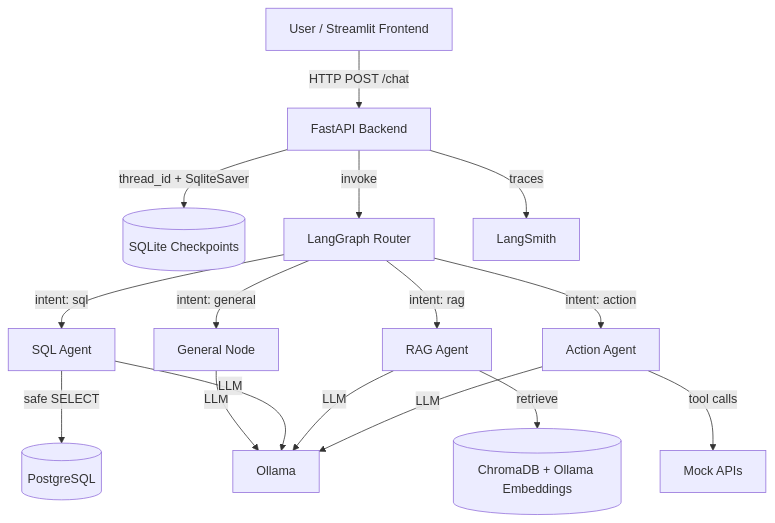
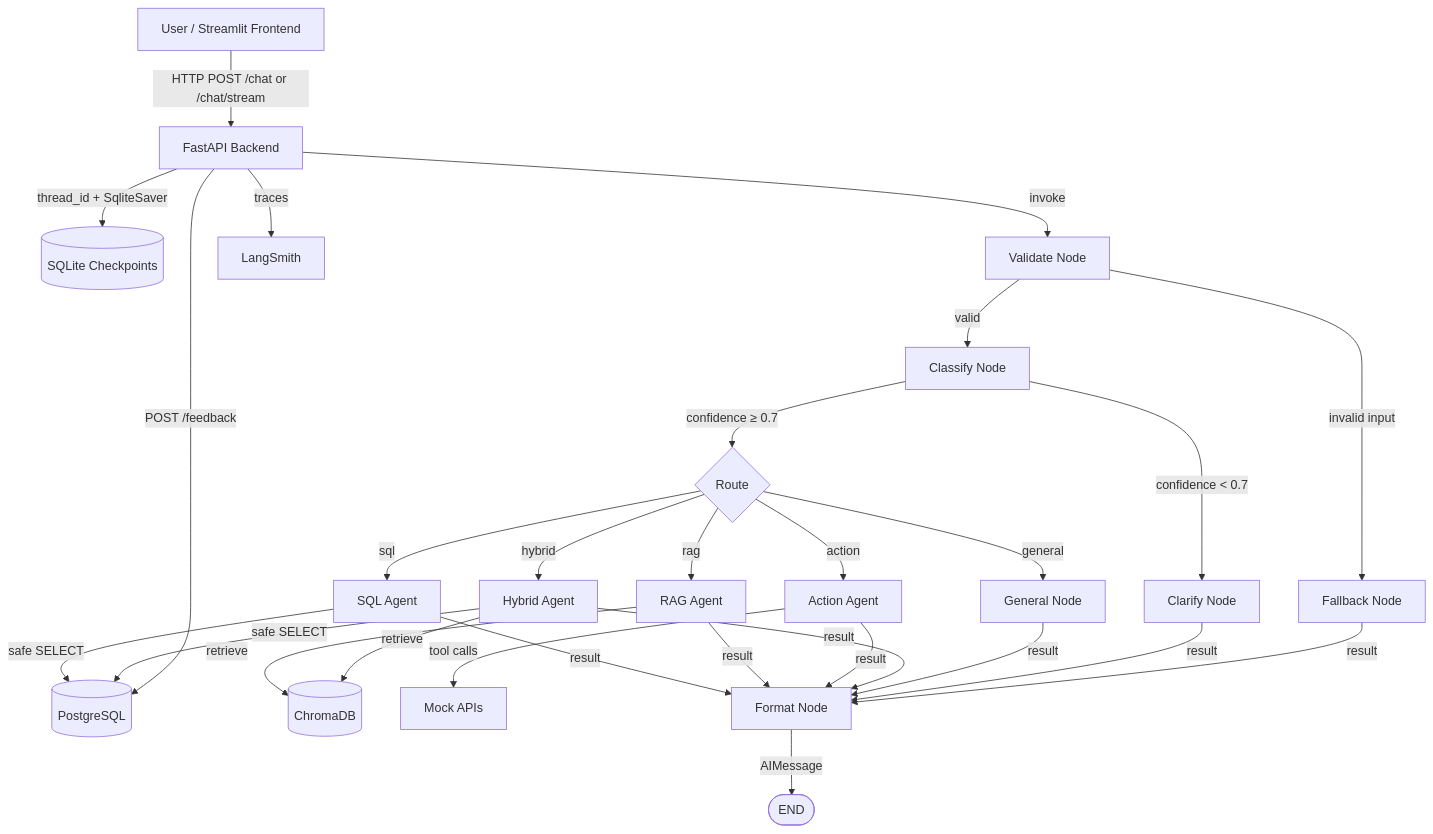
Before and after one commit to Jddumas/Dispatch: the diagram in docs/architecture.md, drawn with Mermaid. The commit also changed other lines of this file, not shown here.

First line of the commit message:
docs(architecture): update to reflect current Otto system

````diff
--- a/docs/architecture.md
+++ b/docs/architecture.md
@@ -9,18 +9,24 @@
 ```mermaid
 graph TD
-    U[User / Streamlit Frontend] -->|HTTP POST /chat| F[FastAPI Backend]
+    U[User / Streamlit Frontend] -->|HTTP POST /chat or /chat/stream| F[FastAPI Backend]
     F -->|thread_id + SqliteSaver| S[(SQLite Checkpoints)]
-    F -->|invoke| R[LangGraph Router]
-    R -->|intent: sql| SQL[SQL Agent]
-    R -->|intent: rag| RAG[RAG Agent]
-    R -->|intent: action| ACT[Action Agent]
-    R -->|intent: general| GEN[General Node]
+    F -->|invoke| V[Validate Node]
+    V -->|invalid input| FB[Fallback Node]
+    V -->|valid| C[Classify Node]
+    C -->|confidence ≥ 0.7| R{Route}
+    C -->|confidence < 0.7| CL[Clarify Node]
+    R -->|sql| SQL[SQL Agent]
+    R -->|rag| RAG[RAG Agent]
+    R -->|action| ACT[Action Agent]
+    R -->|hybrid| HYB[Hybrid Agent]
+    R -->|general| GEN[General Node]
     SQL -->|safe SELECT| PG[(PostgreSQL)]
-    RAG -->|retrieve| CH[(ChromaDB + Ollama Embeddings)]
+    RAG -->|retrieve| CH[(ChromaDB)]
+    HYB -->|safe SELECT| PG
+    HYB -->|retrieve| CH
     ACT -->|tool calls| API[Mock APIs]
-    GEN -->|LLM| OLL[Ollama]
-    SQL -->|LLM| OLL
-    RAG -->|LLM| OLL
-    ACT -->|LLM| OLL
+    SQL & RAG & ACT & HYB & GEN & CL & FB -->|result| FMT[Format Node]
+    FMT -->|AIMessage| END([END])
+    F -->|POST /feedback| PG
     F -->|traces| LS[LangSmith]
 ```
````
